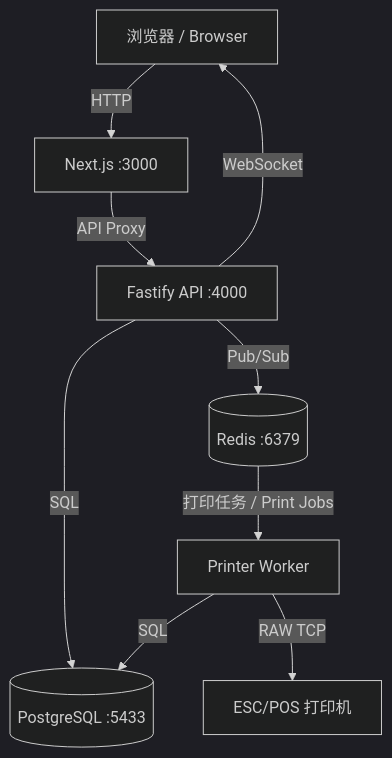
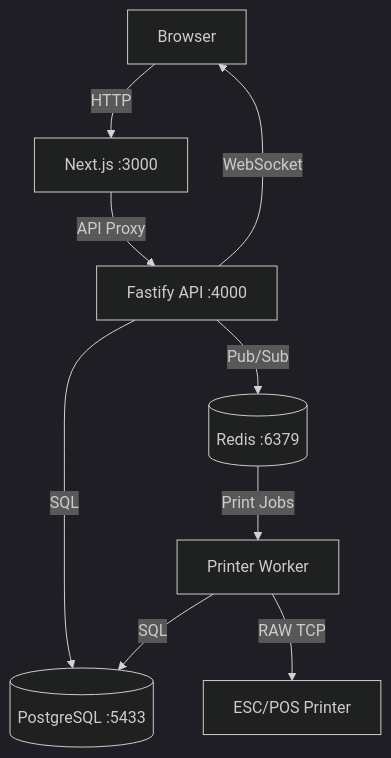
One commit to dodio12138/QYPOS changed the diagram in README.md. Above: the diagram before and after it, drawn with Mermaid (dark theme). The commit also changed other lines of this file and 5 other files, not shown here.

````diff
--- a/README.md
+++ b/README.md
@@ -175,11 +175,11 @@
 ```mermaid
 graph TD
-    Browser[浏览器 / Browser] -->|HTTP| Web[Next.js :3000]
+    Browser -->|HTTP| Web[Next.js :3000]
     Web -->|API Proxy| API[Fastify API :4000]
     API -->|SQL| PG[(PostgreSQL :5433)]
     API -->|Pub/Sub| Redis[(Redis :6379)]
     API -->|WebSocket| Browser
-    Redis -->|打印任务 / Print Jobs| Printer[Printer Worker]
-    Printer -->|RAW TCP| ESCP[ESC/POS 打印机]
+    Redis -->|Print Jobs| Printer[Printer Worker]
+    Printer -->|RAW TCP| ESCP[ESC/POS Printer]
     Printer -->|SQL| PG
 ```
````
